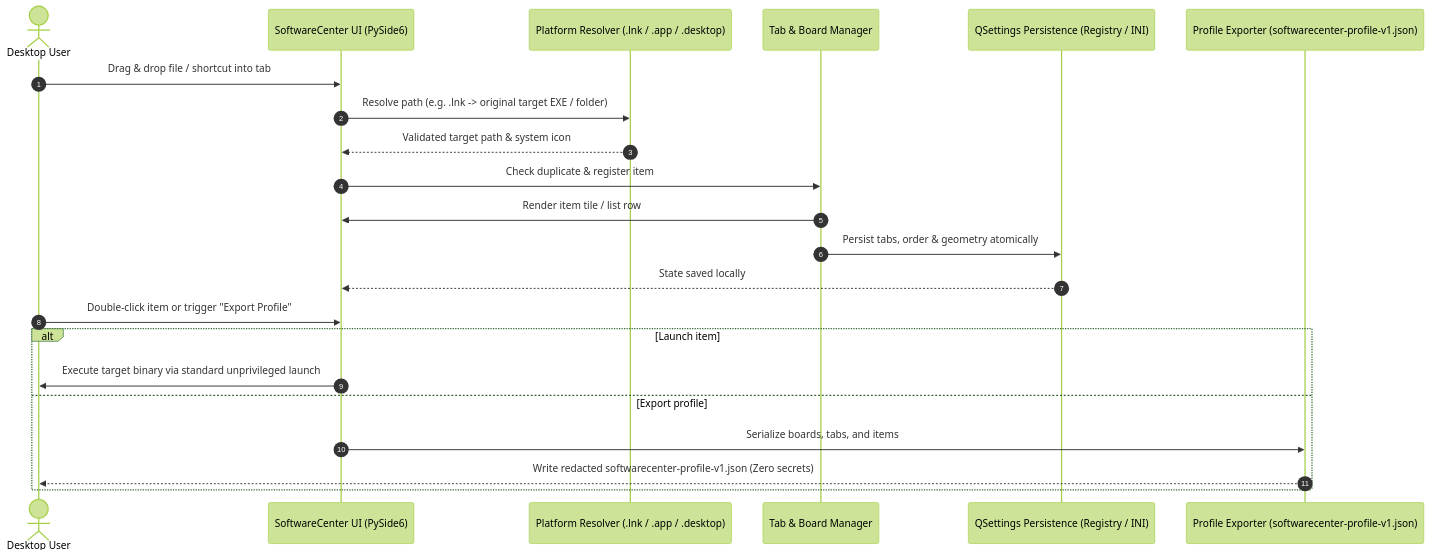
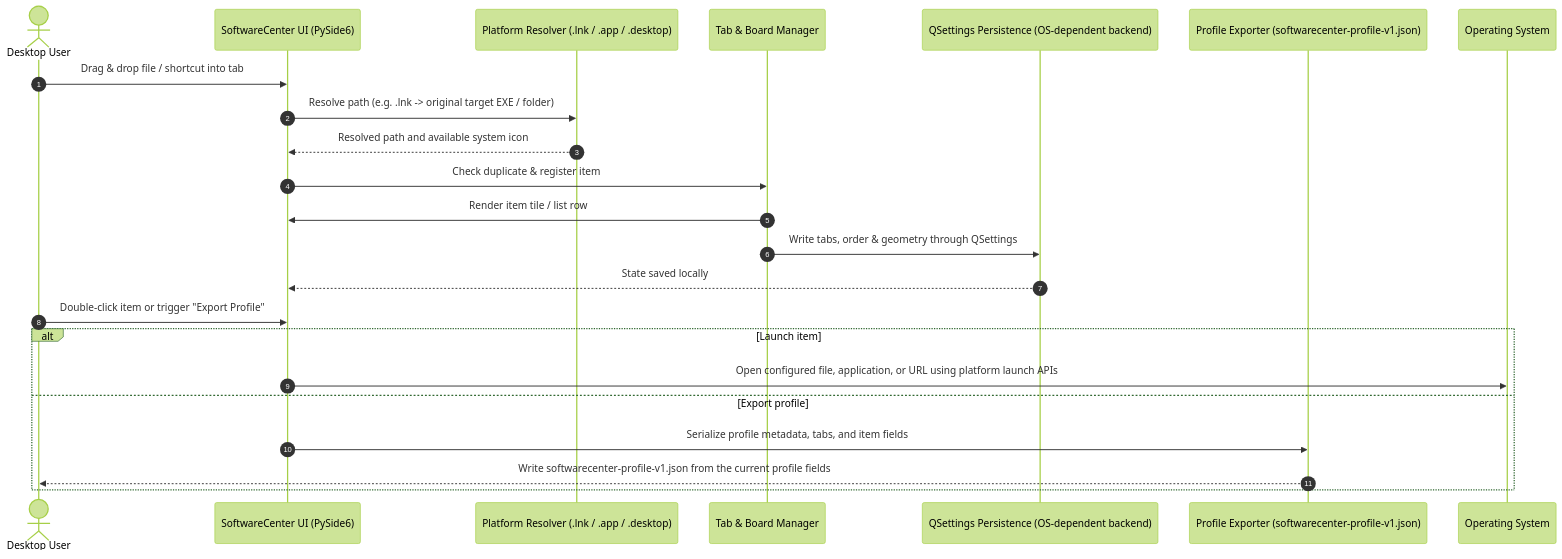
The second of 2 diagrams in README_zh.md (file-bricks/SoftwareCenter), drawn with Mermaid (forest theme) before and after one commit. The commit also changed other lines of this file and 6 other files, not shown here.

````diff
--- a/README_zh.md
+++ b/README_zh.md
@@ -141,25 +142,26 @@
 ```mermaid
 sequenceDiagram
     autonumber
     actor User as Desktop User
     participant SC as SoftwareCenter UI (PySide6)
     participant Res as Platform Resolver (.lnk / .app / .desktop)
     participant Tab as Tab & Board Manager
-    participant Set as QSettings Persistence (Registry / INI)
+    participant Set as QSettings Persistence (OS-dependent backend)
     participant Exp as Profile Exporter (softwarecenter-profile-v1.json)
+    participant OS as Operating System
 
     User->>SC: Drag & drop file / shortcut into tab
     SC->>Res: Resolve path (e.g. .lnk -> original target EXE / folder)
-    Res-->>SC: Validated target path & system icon
+    Res-->>SC: Resolved path and available system icon
     SC->>Tab: Check duplicate & register item
     Tab->>SC: Render item tile / list row
-    Tab->>Set: Persist tabs, order & geometry atomically
+    Tab->>Set: Write tabs, order & geometry through QSettings
     Set-->>SC: State saved locally
     User->>SC: Double-click item or trigger "Export Profile"
     alt Launch item
-        SC->>User: Execute target binary via standard unprivileged launch
+        SC->>OS: Open configured file, application, or URL using platform launch APIs
     else Export profile
-        SC->>Exp: Serialize boards, tabs, and items
-        Exp-->>User: Write redacted softwarecenter-profile-v1.json (Zero secrets)
+        SC->>Exp: Serialize profile metadata, tabs, and item fields
+        Exp-->>User: Write softwarecenter-profile-v1.json from the current profile fields
     end
 ```
````
